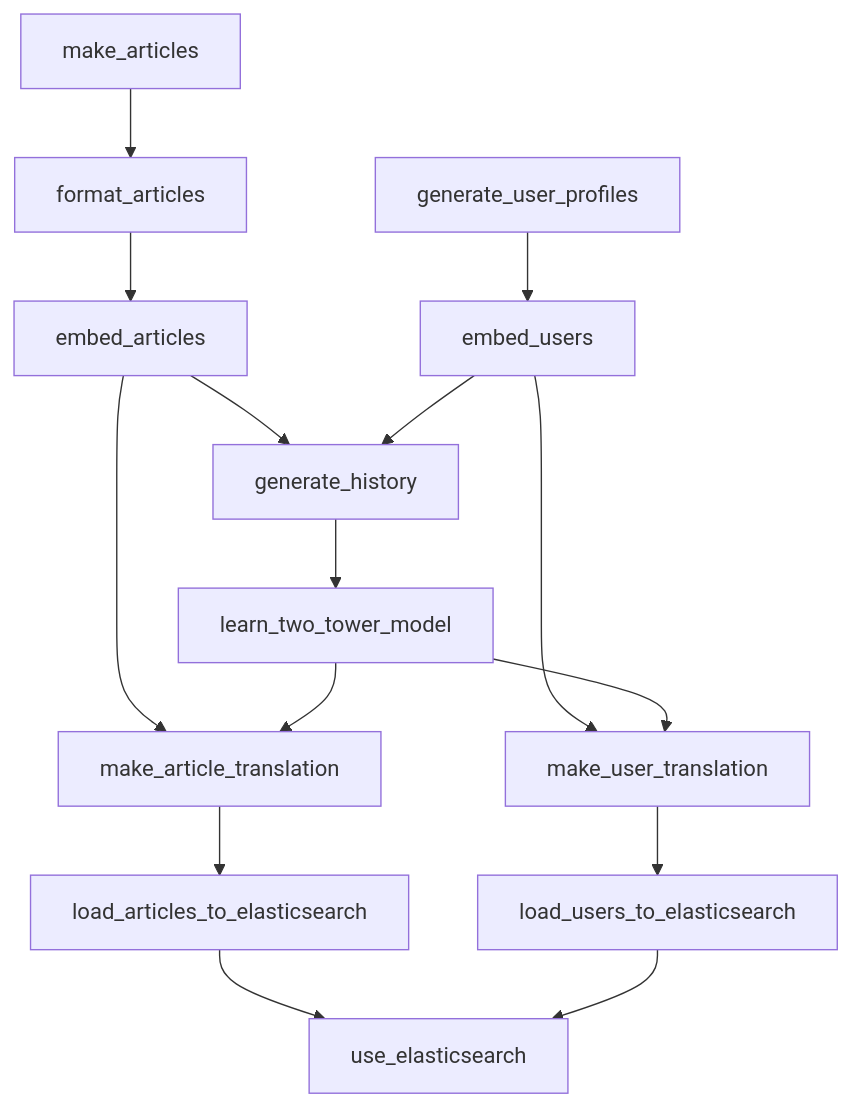
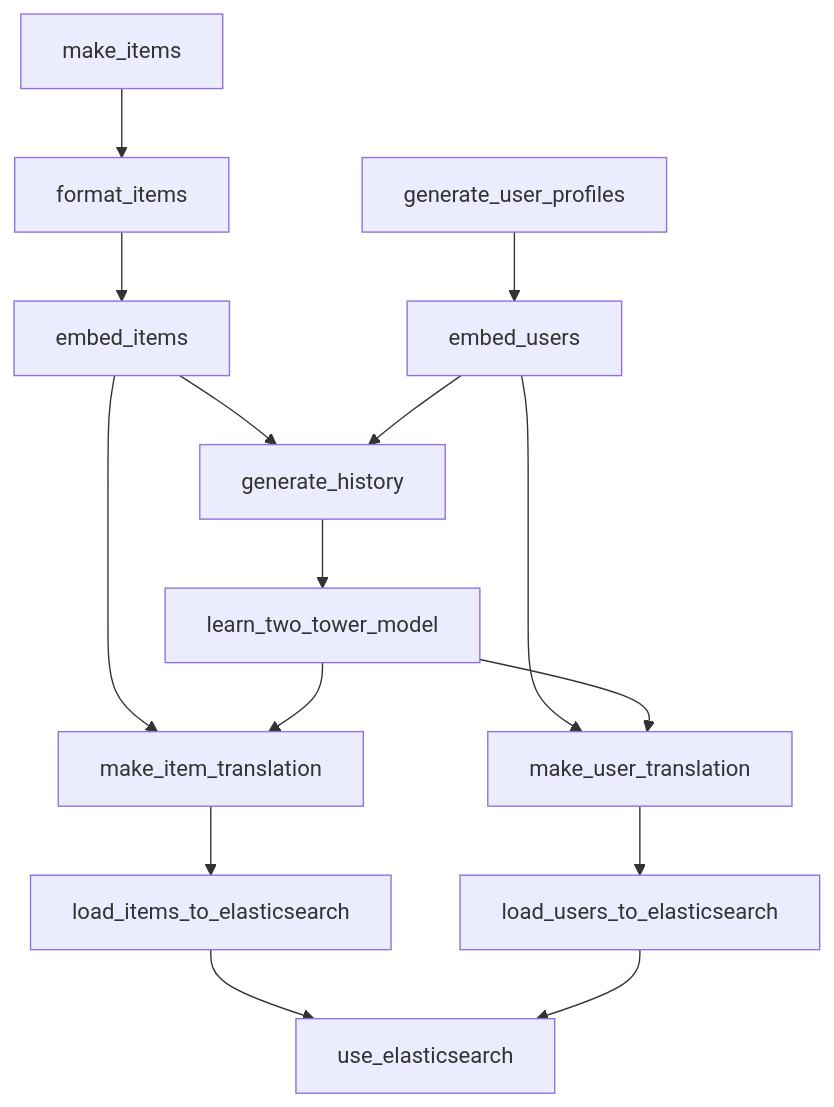
One commit to u-masao/hybrid-search-demo changed the diagram in PIPELINE.md. Above: the diagram before and after it, drawn with Mermaid.

Commit message:
dvc pipeline updated

````diff
--- a/PIPELINE.md
+++ b/PIPELINE.md
@@ -1,29 +1,29 @@
 ```mermaid
 flowchart TD
-	node1["embed_articles"]
+	node1["embed_items"]
 	node2["embed_users"]
-	node3["format_articles"]
+	node3["format_items"]
 	node4["generate_history"]
 	node5["generate_user_profiles"]
 	node6["learn_two_tower_model"]
-	node7["load_articles_to_elasticsearch"]
+	node7["load_items_to_elasticsearch"]
 	node8["load_users_to_elasticsearch"]
-	node9["make_article_translation"]
-	node10["make_articles"]
+	node9["make_item_translation"]
+	node10["make_items"]
 	node11["make_user_translation"]
 	node12["use_elasticsearch"]
 	node1-->node4
 	node1-->node9
 	node2-->node4
 	node2-->node11
 	node3-->node1
 	node4-->node6
 	node5-->node2
 	node6-->node9
 	node6-->node11
 	node7-->node12
 	node8-->node12
 	node9-->node7
 	node10-->node3
 	node11-->node8
 ```
````
